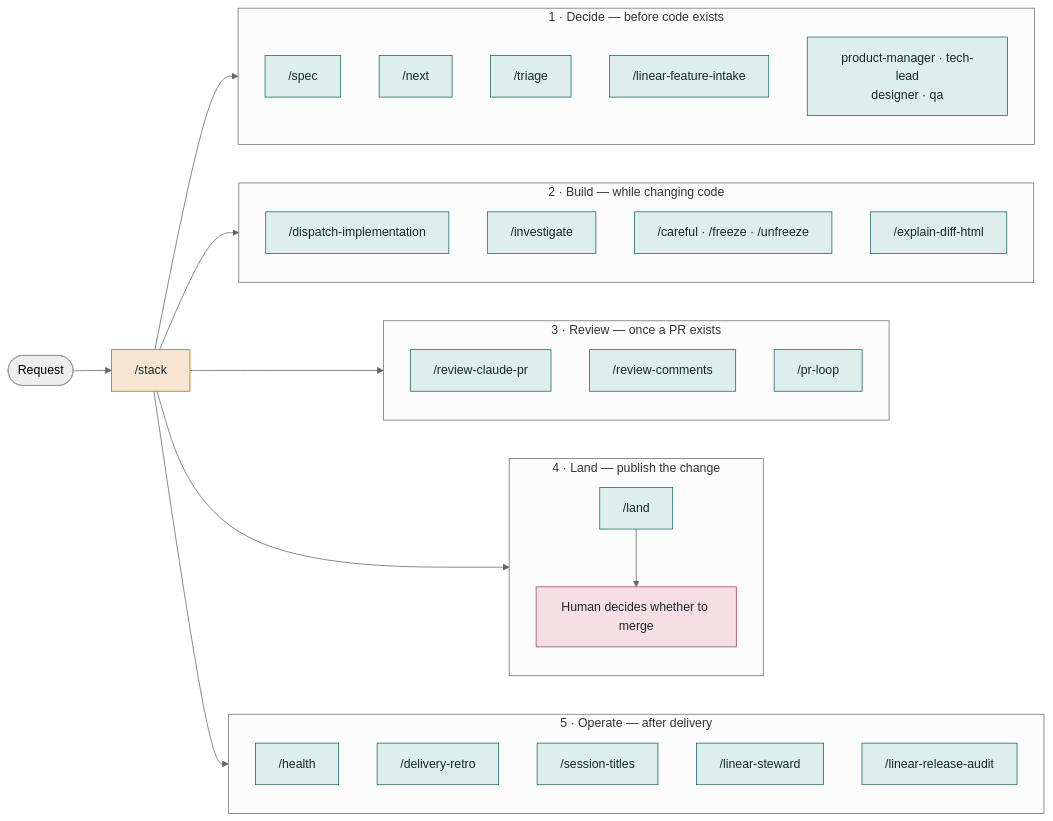
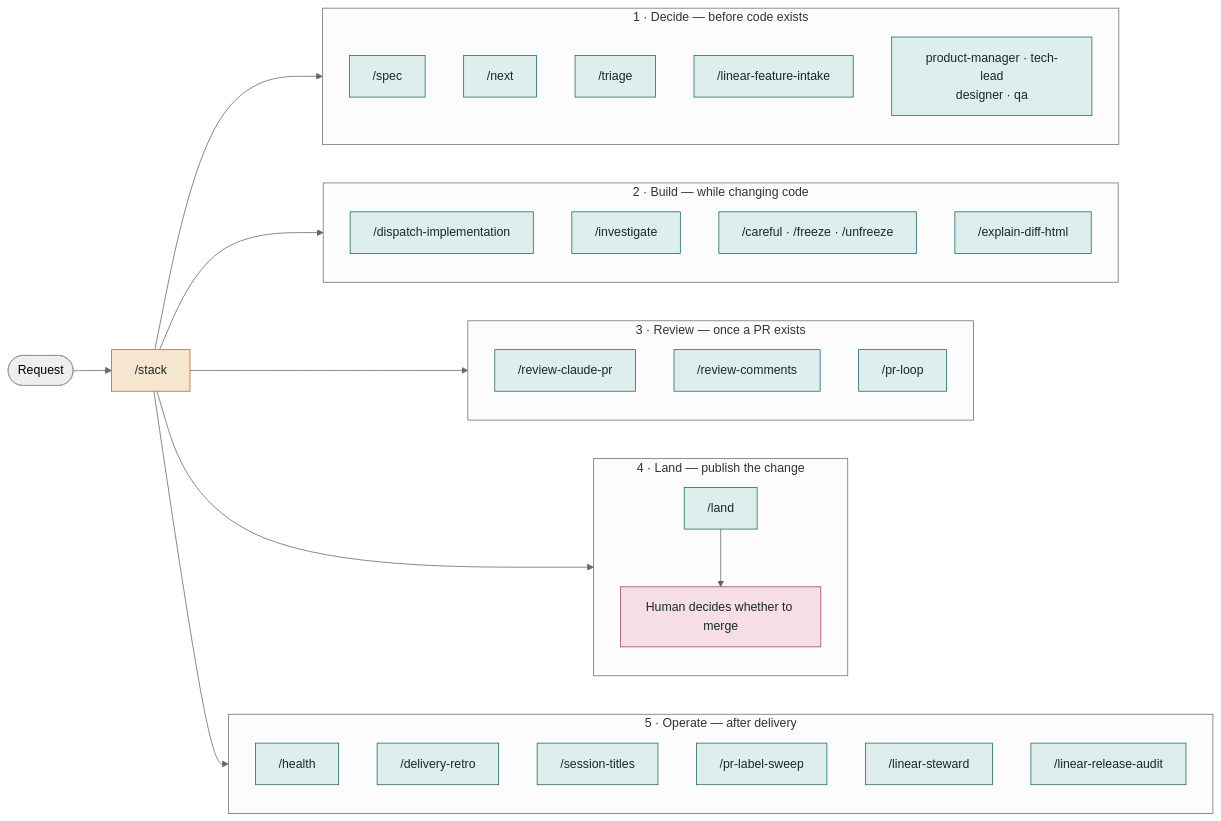
One commit to khalilouardini/kstack changed the second of 5 diagrams in docs/skill-map.md. Above: the diagram before and after it, drawn with Mermaid (neutral theme). The commit also changed other lines of this file and 7 other files, not shown here.

First line of the commit message:
feat(pr-label-sweep): add rule-backed labels to open PRs

````diff
--- a/docs/skill-map.md
+++ b/docs/skill-map.md
@@ -39,56 +39,57 @@
 ```mermaid
 flowchart LR
     request([Request]) --> router["/stack"]
     router --> decide
     router --> build
     router --> review
     router --> land
     router --> operate
 
     subgraph decide["1 · Decide — before code exists"]
       direction TB
       spec["/spec"]
       next["/next"]
       triage["/triage"]
       intake["/linear-feature-intake"]
       roles["product-manager · tech-lead<br/>designer · qa"]
     end
 
     subgraph build["2 · Build — while changing code"]
       direction TB
       dispatch["/dispatch-implementation"]
       investigate["/investigate"]
       controls["/careful · /freeze · /unfreeze"]
       explain["/explain-diff-html"]
     end
 
     subgraph review["3 · Review — once a PR exists"]
       direction TB
       produce["/review-claude-pr"]
       respond["/review-comments"]
       loop["/pr-loop"]
     end
 
     subgraph land["4 · Land — publish the change"]
       direction TB
       landSkill["/land"]
       human["Human decides whether to merge"]
       landSkill --> human
     end
 
     subgraph operate["5 · Operate — after delivery"]
       direction TB
       health["/health"]
       retro["/delivery-retro"]
       titles["/session-titles"]
+      labels["/pr-label-sweep"]
       steward["/linear-steward"]
       audit["/linear-release-audit"]
     end
 
     classDef route fill:#f6e6cf,stroke:#b8690c,color:#16292b
     classDef phase fill:#ddeeec,stroke:#1d6a63,color:#16292b
     classDef stopStyle fill:#f6dee5,stroke:#a04360,color:#16292b
     class router route
-    class spec,next,triage,intake,roles,dispatch,investigate,controls,explain,produce,respond,loop,landSkill,health,retro,titles,steward,audit phase
+    class spec,next,triage,intake,roles,dispatch,investigate,controls,explain,produce,respond,loop,landSkill,health,retro,titles,labels,steward,audit phase
     class human stopStyle
 ```
````
